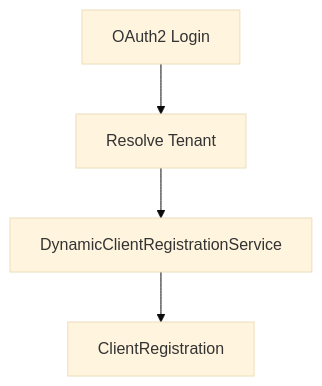
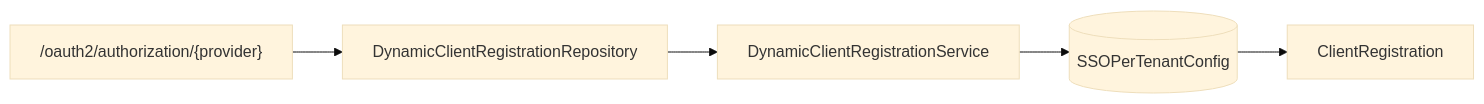
The fourth of 6 diagrams in docs/architecture/authorization-server-core/authorization-server-core.md (Praesto-Pro/openframe-oss-tenant), drawn with Mermaid (base theme) before and after one commit. The commit also changed other lines of this file and 214 other files, not shown here.

````diff
--- a/docs/architecture/authorization-server-core/authorization-server-core.md
+++ b/docs/architecture/authorization-server-core/authorization-server-core.md
@@ -180,6 +182,7 @@
 ```mermaid
-flowchart TD
-    OAuthFlow["OAuth2 Login"] --> ResolveTenant["Resolve Tenant"]
-    ResolveTenant --> DynamicService["DynamicClientRegistrationService"]
-    DynamicService --> ClientReg["ClientRegistration"]
+flowchart LR
+    OAuthLogin["/oauth2/authorization/{provider}"] --> DynamicRepo["DynamicClientRegistrationRepository"]
+    DynamicRepo --> SSOService["DynamicClientRegistrationService"]
+    SSOService --> TenantConfig[("SSOPerTenantConfig")]
+    TenantConfig --> ClientRegistration["ClientRegistration"]
 ```
````
